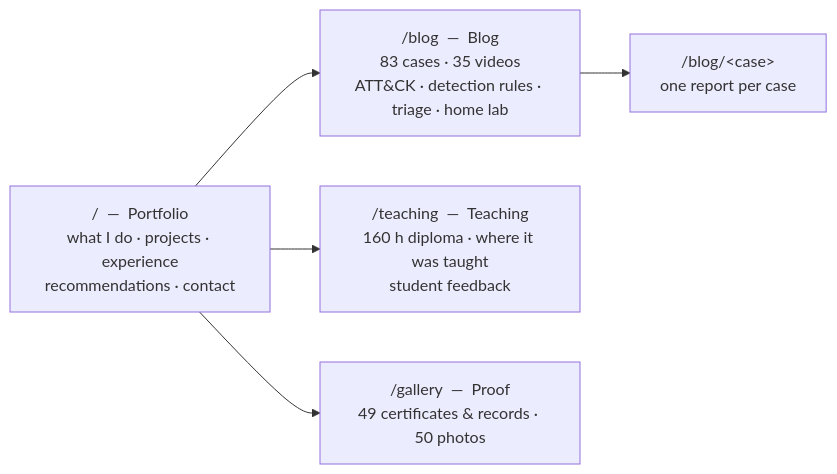
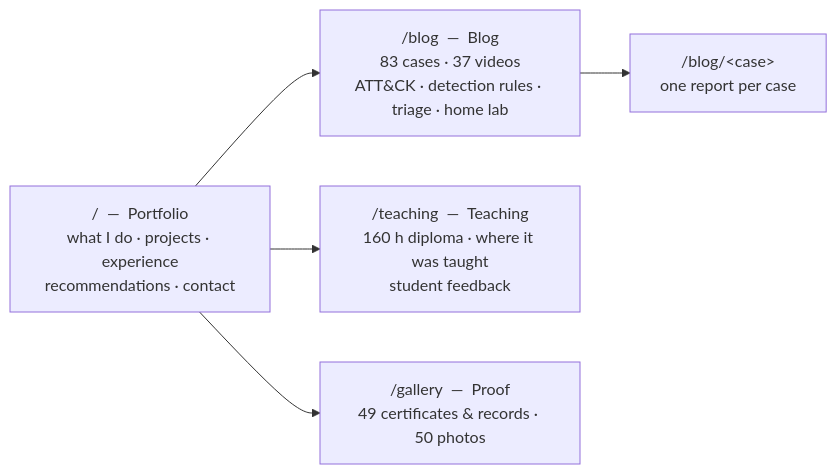
One commit to Ahmed-Emad-Nasr/ahmed.dev changed the first of 2 diagrams in README.md. Above: the diagram before and after it, drawn with Mermaid. The commit also changed other lines of this file and 21 other files, not shown here.

````diff
--- a/README.md
+++ b/README.md
@@ -80,11 +80,11 @@
 ```mermaid
 flowchart LR
   H["/  —  Portfolio<br/>what I do · projects · experience<br/>recommendations · contact"]
-  B["/blog  —  Blog<br/>83 cases · 35 videos<br/>ATT&CK · detection rules · triage · home lab"]
+  B["/blog  —  Blog<br/>83 cases · 37 videos<br/>ATT&CK · detection rules · triage · home lab"]
   C["/blog/&lt;case&gt;<br/>one report per case"]
   T["/teaching  —  Teaching<br/>160 h diploma · where it was taught<br/>student feedback"]
   G["/gallery  —  Proof<br/>49 certificates & records · 50 photos"]
   H --> B --> C
   H --> T
   H --> G
 ```
````
